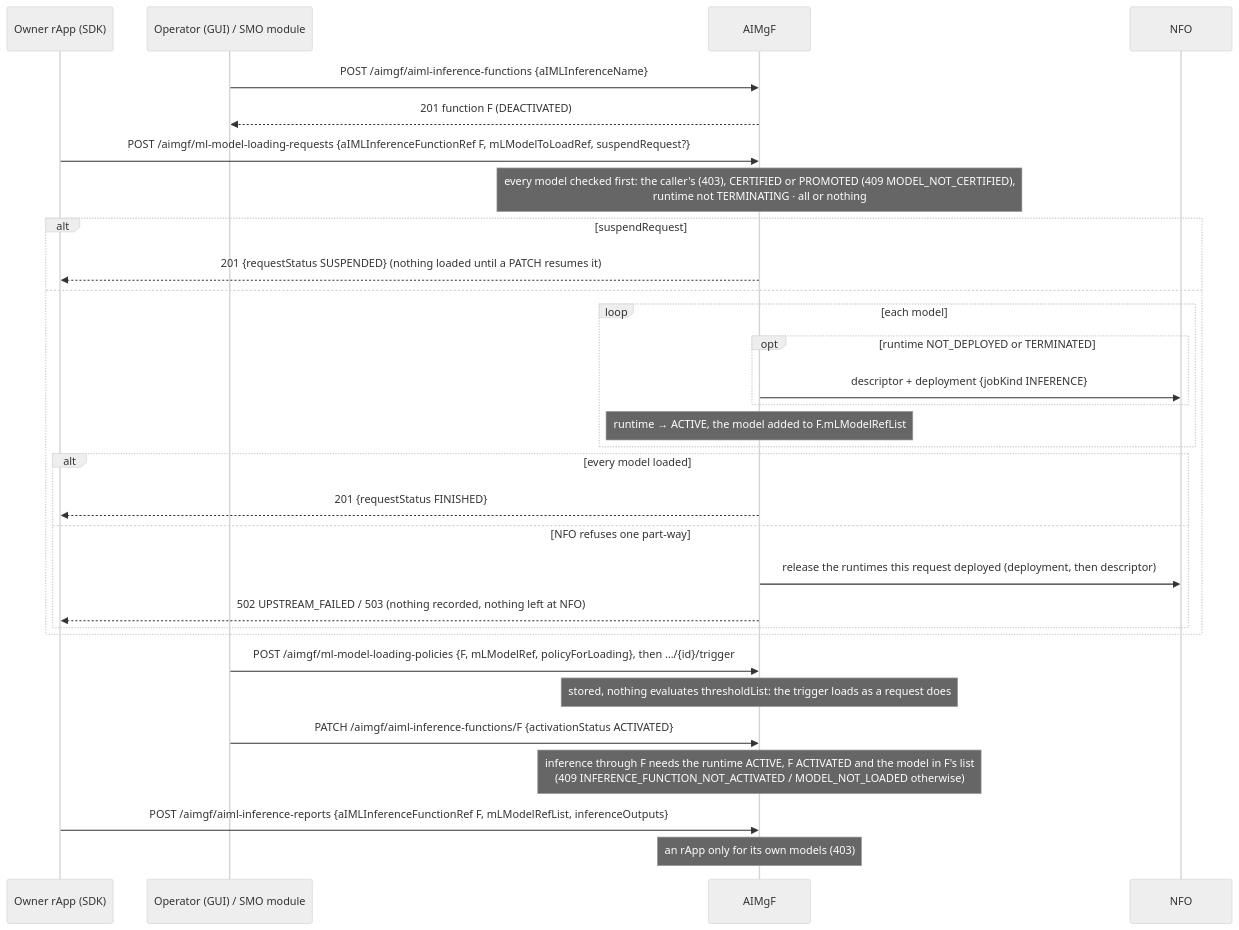
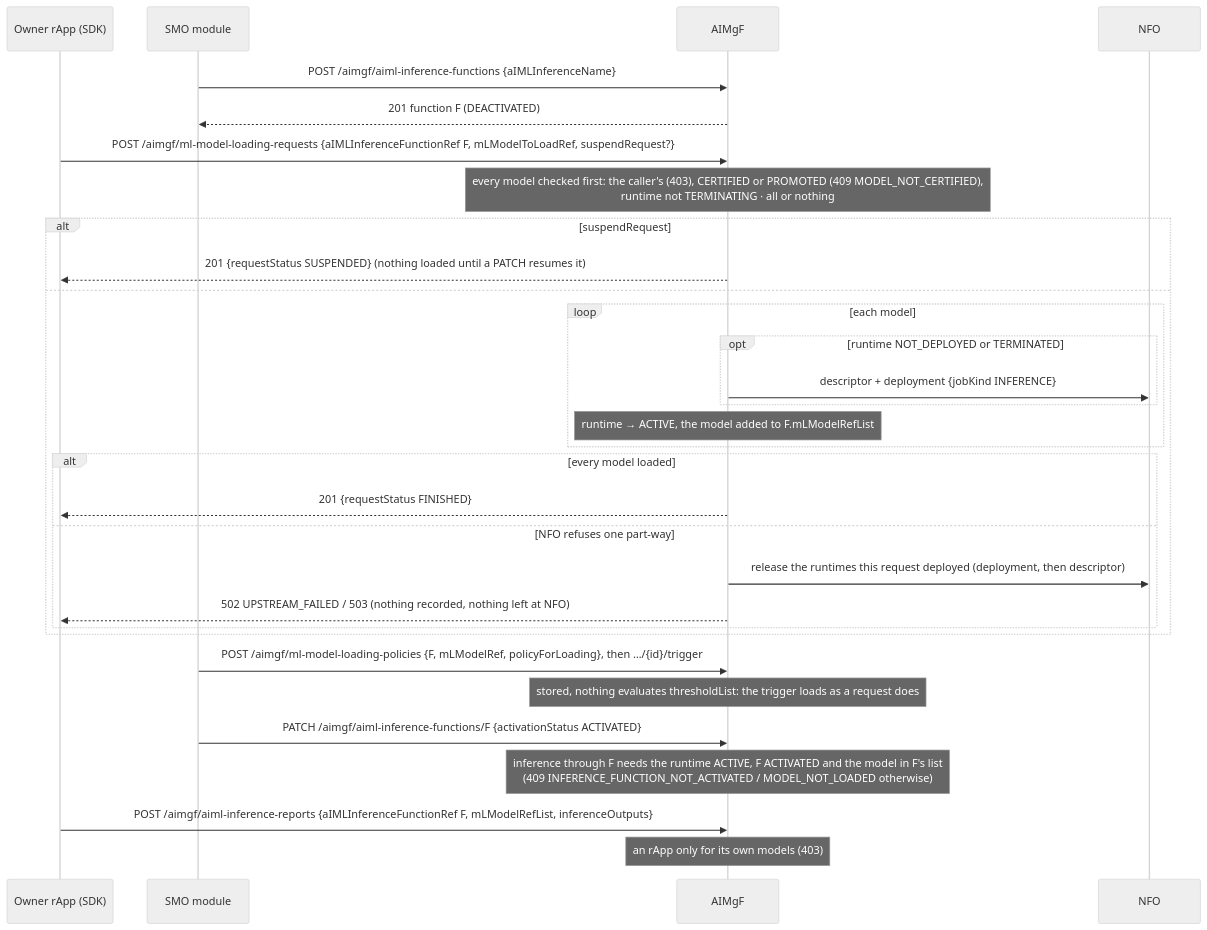
Before and after one commit to rsys-bshankar/ai-ran-smo: the fourth of 5 diagrams in smo/docs/call-flows/27-ts28105-provisioning-resources.md, drawn with Mermaid (neutral theme). The commit also changed other lines of this file and 19 other files, not shown here.

````diff
--- a/smo/docs/call-flows/27-ts28105-provisioning-resources.md
+++ b/smo/docs/call-flows/27-ts28105-provisioning-resources.md
@@ -141,38 +145,38 @@
 ```mermaid
 sequenceDiagram
     participant R as Owner rApp (SDK)
-    participant Op as Operator (GUI) / SMO module
+    participant Op as SMO module
     participant AIM as AIMgF
     participant NFO as NFO
 
     Op->>AIM: POST /aimgf/aiml-inference-functions {aIMLInferenceName}
     AIM-->>Op: 201 function F (DEACTIVATED)
 
     R->>AIM: POST /aimgf/ml-model-loading-requests {aIMLInferenceFunctionRef F, mLModelToLoadRef, suspendRequest?}
     Note over AIM: every model checked first: the caller's (403), CERTIFIED or PROMOTED (409 MODEL_NOT_CERTIFIED),<br/>runtime not TERMINATING · all or nothing
     alt suspendRequest
         AIM-->>R: 201 {requestStatus SUSPENDED} (nothing loaded until a PATCH resumes it)
     else
         loop each model
             opt runtime NOT_DEPLOYED or TERMINATED
                 AIM->>NFO: descriptor + deployment {jobKind INFERENCE}
             end
             Note over AIM: runtime → ACTIVE, the model added to F.mLModelRefList
         end
         alt every model loaded
             AIM-->>R: 201 {requestStatus FINISHED}
         else NFO refuses one part-way
             AIM->>NFO: release the runtimes this request deployed (deployment, then descriptor)
             AIM-->>R: 502 UPSTREAM_FAILED / 503 (nothing recorded, nothing left at NFO)
         end
     end
 
     Op->>AIM: POST /aimgf/ml-model-loading-policies {F, mLModelRef, policyForLoading}, then …/{id}/trigger
     Note over AIM: stored, nothing evaluates thresholdList: the trigger loads as a request does
 
     Op->>AIM: PATCH /aimgf/aiml-inference-functions/F {activationStatus ACTIVATED}
     Note over AIM: inference through F needs the runtime ACTIVE, F ACTIVATED and the model in F's list<br/>(409 INFERENCE_FUNCTION_NOT_ACTIVATED / MODEL_NOT_LOADED otherwise)
 
     R->>AIM: POST /aimgf/aiml-inference-reports {aIMLInferenceFunctionRef F, mLModelRefList, inferenceOutputs}
     Note over AIM: an rApp only for its own models (403)
 ```
````
